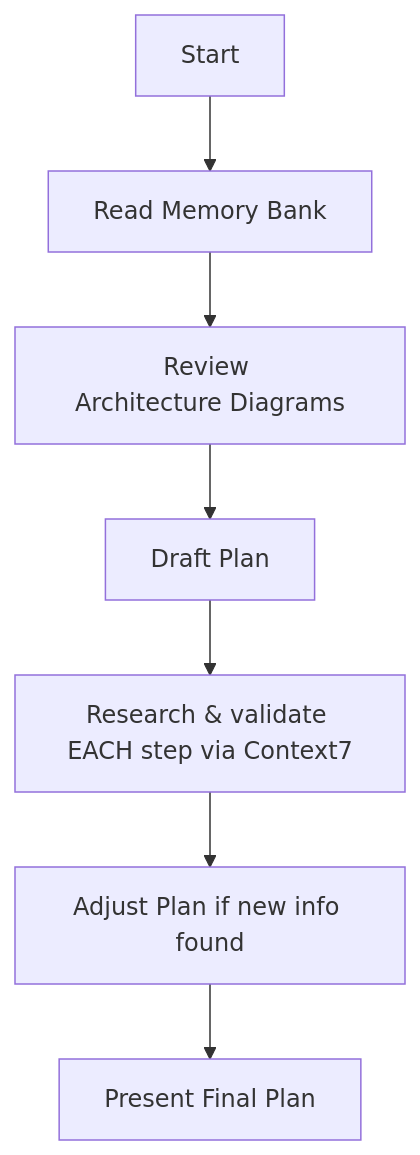
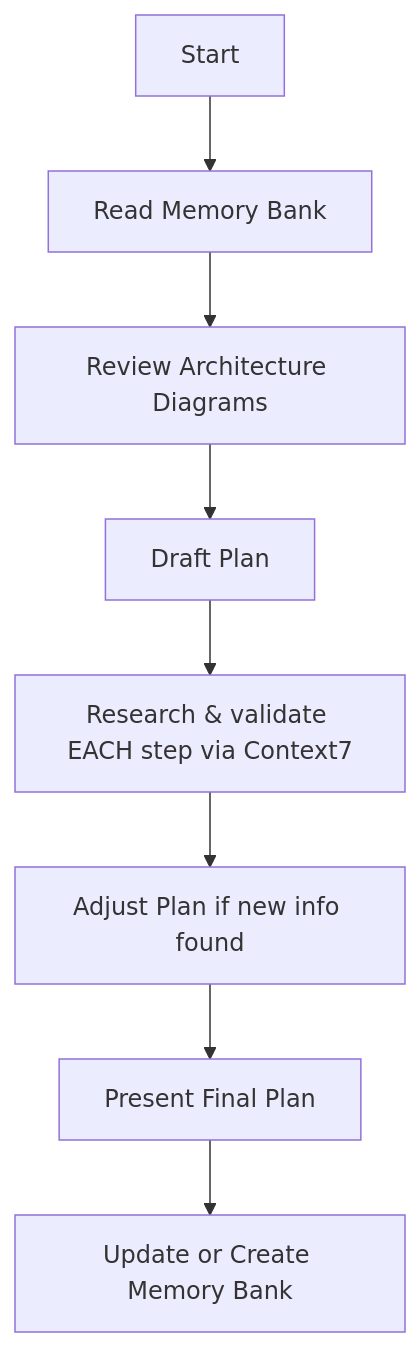
The second of 5 diagrams in memorybank.md (ChrisMcKee1/AI-Assisted-Coding), drawn with Mermaid before and after one commit. The commit also changed other lines of this file and 3 other files, not shown here.

````diff
--- a/memorybank.md
+++ b/memorybank.md
@@ -67,9 +67,10 @@
 ```mermaid
 flowchart TD
-    Start[Start] --> Read[Read Memory Bank]
-    Read --> Diagrams[Review Architecture Diagrams]
+    Start[Start] --> Read[Read Memory Bank]
+    Read --> Diagrams[Review Architecture Diagrams]
     Diagrams --> Draft[Draft Plan]
     Draft --> Research[Research & validate EACH step via Context7]
     Research --> Adjust[Adjust Plan if new info found]
     Adjust --> Present[Present Final Plan]
+    Present --> UpdateCreateMemoryBank[Update or Create Memory Bank]
 ```
````
